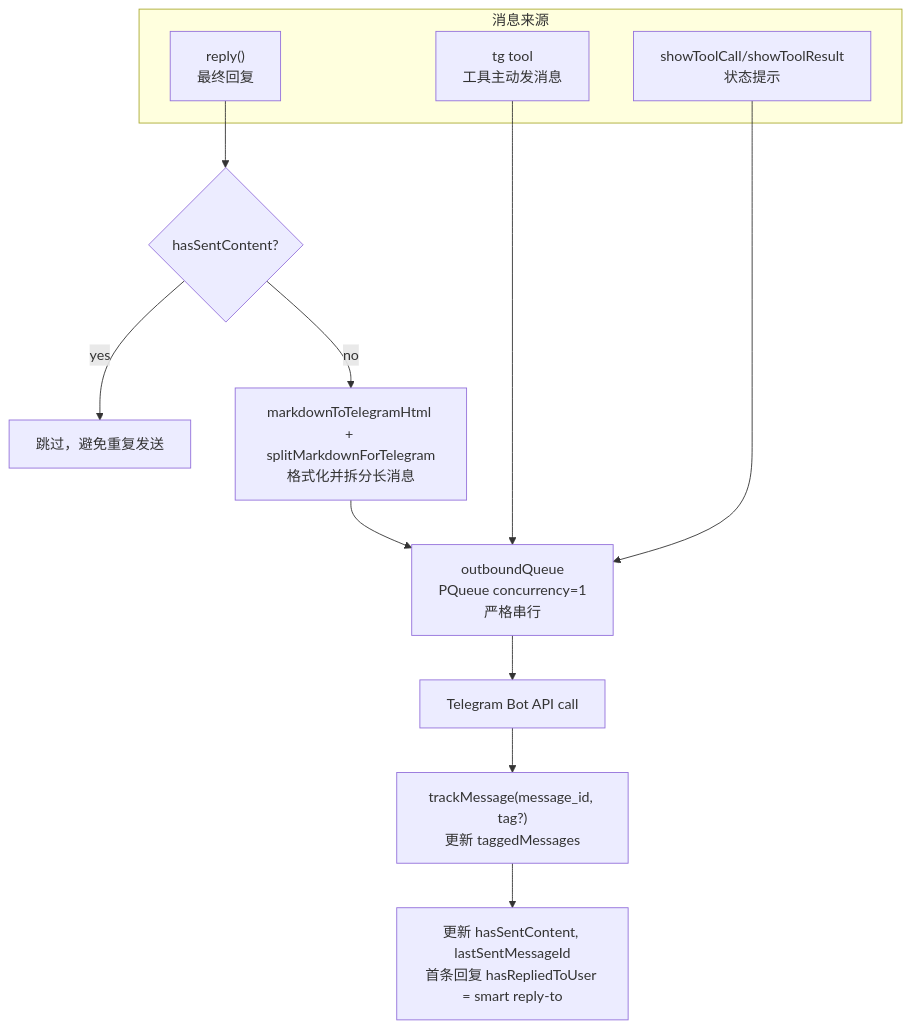
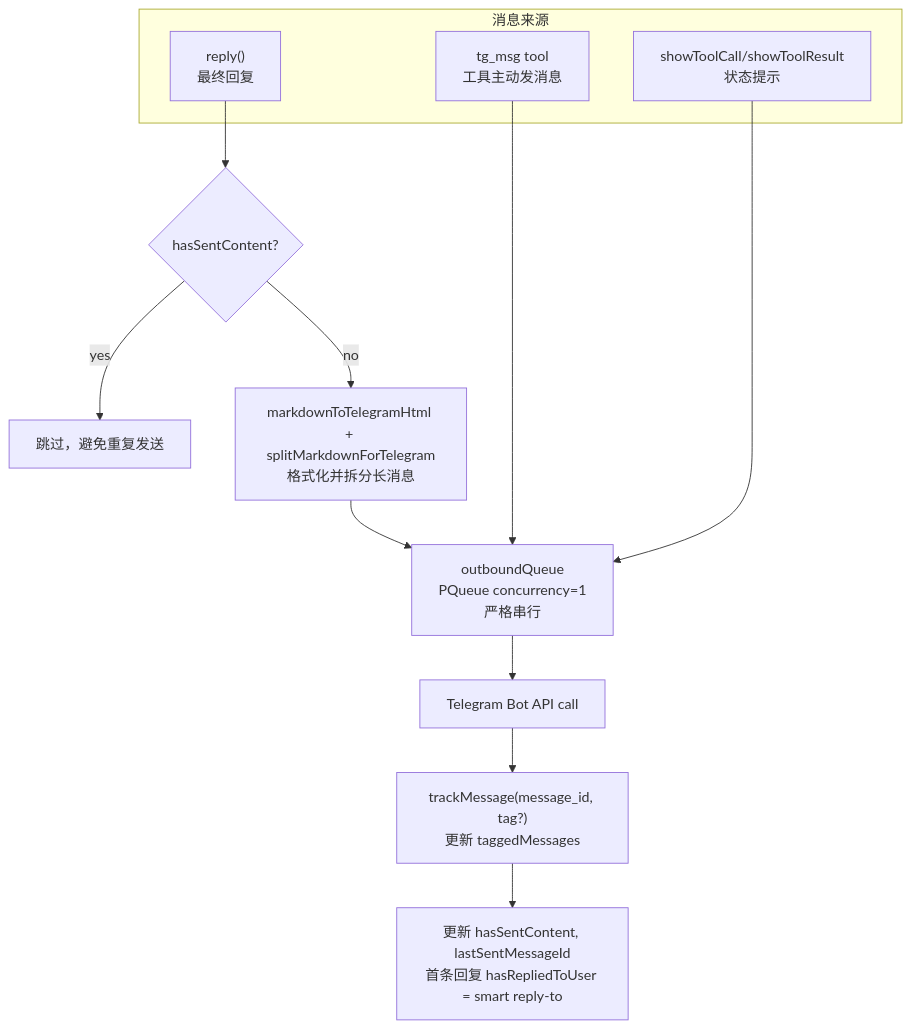
The eighth of 14 diagrams in docs/architecture-diagrams.md (boltguo/anya), drawn with Mermaid before and after one commit. The commit also changed other lines of this file and 105 other files, not shown here.

````diff
--- a/docs/architecture-diagrams.md
+++ b/docs/architecture-diagrams.md
@@ -274,20 +275,20 @@
 ```mermaid
 flowchart TD
   subgraph Sources["消息来源"]
     FINAL["reply()\n最终回复"]
-    TGTOOL["tg tool\n工具主动发消息"]
+    TGTOOL["tg_msg tool\n工具主动发消息"]
     STATUS["showToolCall/showToolResult\n状态提示"]
   end
 
   FINAL --> CHECK{"hasSentContent?"}
   CHECK -->|yes| SKIP["跳过，避免重复发送"]
   CHECK -->|no| FORMAT["markdownToTelegramHtml + splitMarkdownForTelegram\n格式化并拆分长消息"]
   FORMAT --> QUEUE
 
   TGTOOL --> QUEUE["outboundQueue\nPQueue concurrency=1\n严格串行"]
   STATUS --> QUEUE
 
   QUEUE --> SEND["Telegram Bot API call"]
   SEND --> TRACK["trackMessage(message_id, tag?)\n更新 taggedMessages"]
   TRACK --> STATE["更新 hasSentContent, lastSentMessageId\n首条回复 hasRepliedToUser = smart reply-to"]
 ```
````
